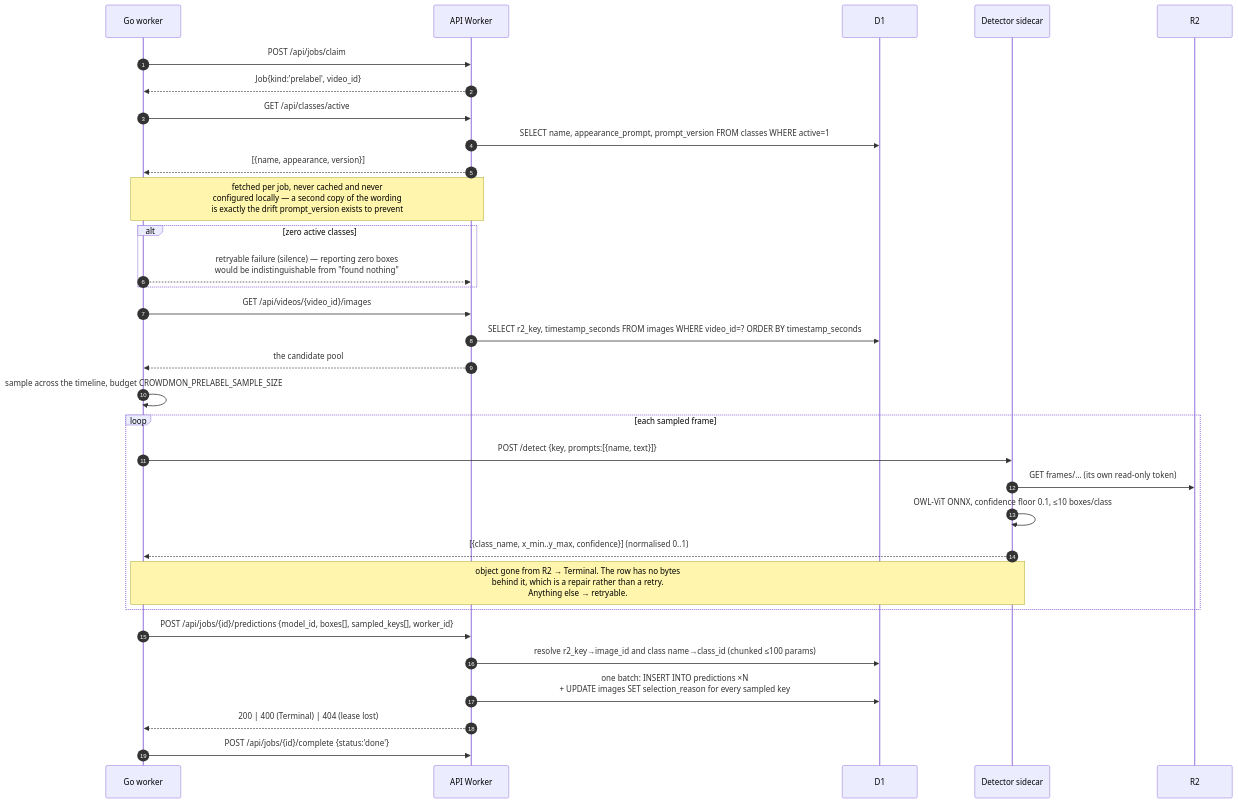
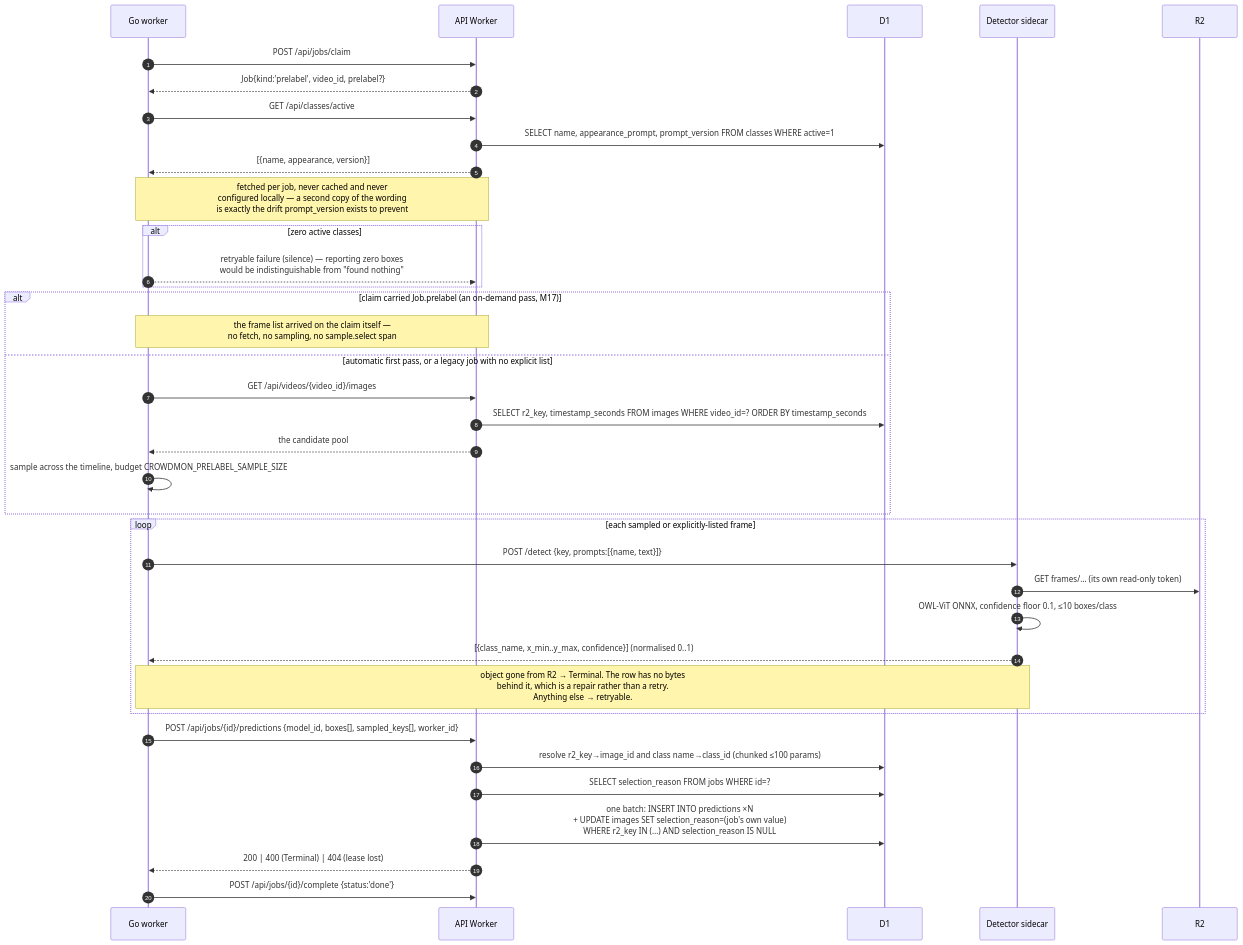
One commit to mkcarlclaude/crowdmon-revamp changed the sixth of 14 diagrams in docs/FLOWS.md. Above: the diagram before and after it, drawn with Mermaid. The commit also changed other lines of this file and 26 other files, not shown here.

First line of the commit message:
feat(api,worker,web): on-demand supplementary prelabel (M17, plan §B) (#149)

````diff
--- a/docs/FLOWS.md
+++ b/docs/FLOWS.md
@@ -295,35 +331,40 @@
 ```mermaid
 sequenceDiagram
     autonumber
     participant W as Go worker
     participant API as API Worker
     participant D1 as D1
     participant DET as Detector sidecar
     participant R2 as R2
 
     W->>API: POST /api/jobs/claim
-    API-->>W: Job{kind:'prelabel', video_id}
+    API-->>W: Job{kind:'prelabel', video_id, prelabel?}
     W->>API: GET /api/classes/active
     API->>D1: SELECT name, appearance_prompt, prompt_version FROM classes WHERE active=1
     API-->>W: [{name, appearance, version}]
     Note over W,API: fetched per job, never cached and never<br/>configured locally — a second copy of the wording<br/>is exactly the drift prompt_version exists to prevent
     alt zero active classes
         W-->>API: retryable failure (silence) — reporting zero boxes<br/>would be indistinguishable from "found nothing"
     end
-    W->>API: GET /api/videos/{video_id}/images
-    API->>D1: SELECT r2_key, timestamp_seconds FROM images WHERE video_id=? ORDER BY timestamp_seconds
-    API-->>W: the candidate pool
-    W->>W: sample across the timeline, budget CROWDMON_PRELABEL_SAMPLE_SIZE
-    loop each sampled frame
+    alt claim carried Job.prelabel (an on-demand pass, M17)
+        Note over W,API: the frame list arrived on the claim itself —<br/>no fetch, no sampling, no sample.select span
+    else automatic first pass, or a legacy job with no explicit list
+        W->>API: GET /api/videos/{video_id}/images
+        API->>D1: SELECT r2_key, timestamp_seconds FROM images WHERE video_id=? ORDER BY timestamp_seconds
+        API-->>W: the candidate pool
+        W->>W: sample across the timeline, budget CROWDMON_PRELABEL_SAMPLE_SIZE
+    end
+    loop each sampled or explicitly-listed frame
         W->>DET: POST /detect {key, prompts:[{name, text}]}
         DET->>R2: GET frames/… (its own read-only token)
         DET->>DET: OWL-ViT ONNX, confidence floor 0.1, ≤10 boxes/class
         DET-->>W: [{class_name, x_min..y_max, confidence}] (normalised 0..1)
         Note over W,DET: object gone from R2 → Terminal. The row has no bytes<br/>behind it, which is a repair rather than a retry.<br/>Anything else → retryable.
     end
     W->>API: POST /api/jobs/{id}/predictions {model_id, boxes[], sampled_keys[], worker_id}
     API->>D1: resolve r2_key→image_id and class name→class_id (chunked ≤100 params)
-    API->>D1: one batch: INSERT INTO predictions ×N<br/>+ UPDATE images SET selection_reason for every sampled key
+    API->>D1: SELECT selection_reason FROM jobs WHERE id=?
+    API->>D1: one batch: INSERT INTO predictions ×N<br/>+ UPDATE images SET selection_reason=(job's own value)<br/>WHERE r2_key IN (…) AND selection_reason IS NULL
     API-->>W: 200 | 400 (Terminal) | 404 (lease lost)
     W->>API: POST /api/jobs/{id}/complete {status:'done'}
 ```
````
